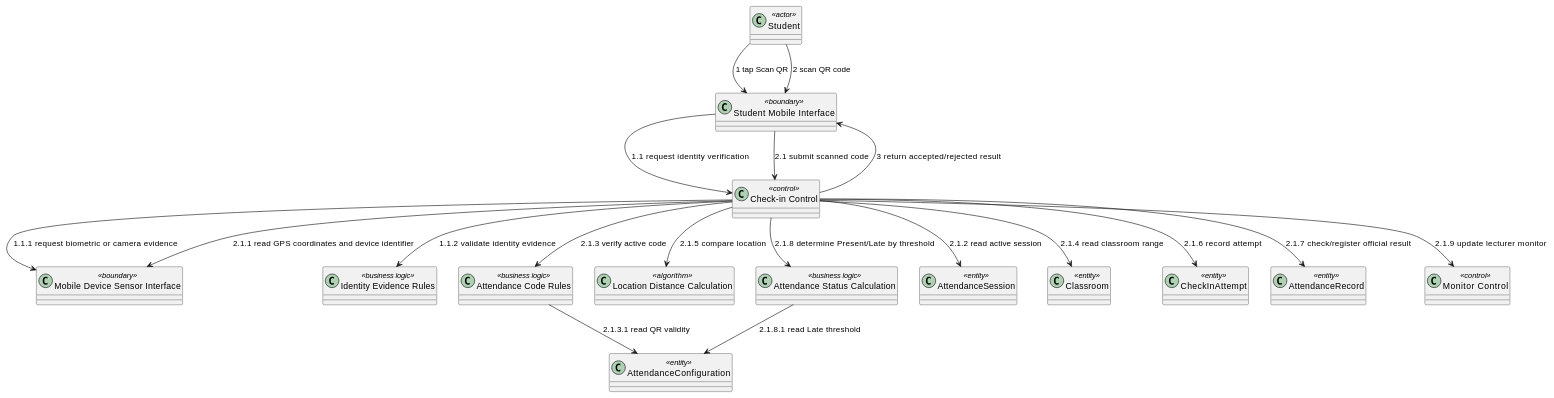
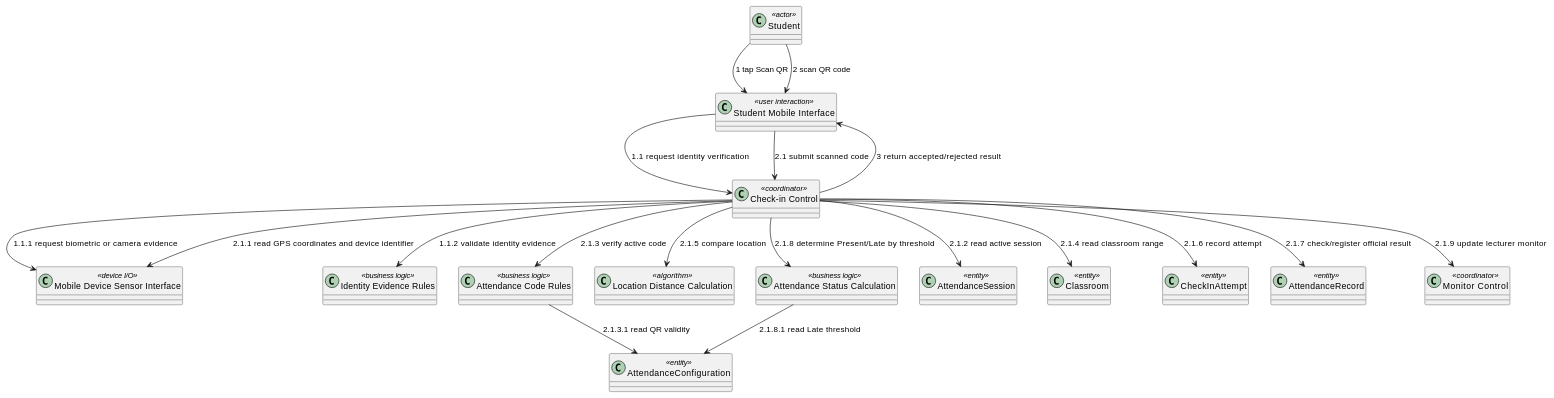
Before and after one commit to nttung42/SWD392: the tenth of 29 diagrams in docs/sds/2_Analysis.md, drawn with PlantUML. The commit also changed other lines of this file and 1 other file, not shown here.

````diff
--- a/docs/sds/2_Analysis.md
+++ b/docs/sds/2_Analysis.md
@@ -477,37 +518,37 @@
 ```plantuml
 @startuml
 class "Student" as Student <<actor>>
-class "Student Mobile Interface" as StudentUI <<boundary>>
-class "Check-in Control" as CheckInControl <<control>>
-class "Mobile Device Sensor Interface" as MobileSensor <<boundary>>
+class "Student Mobile Interface" as StudentUI <<user interaction>>
+class "Check-in Control" as CheckInControl <<coordinator>>
+class "Mobile Device Sensor Interface" as MobileSensor <<device I/O>>
 class "Identity Evidence Rules" as IdentityRules <<business logic>>
 class "Attendance Code Rules" as CodeRules <<business logic>>
 class "Location Distance Calculation" as DistanceCalc <<algorithm>>
 class "Attendance Status Calculation" as StatusRules <<business logic>>
 class "AttendanceSession" as AttendanceSession <<entity>>
 class "AttendanceConfiguration" as AttendanceConfig <<entity>>
 class "Classroom" as Classroom <<entity>>
 class "CheckInAttempt" as CheckInAttempt <<entity>>
 class "AttendanceRecord" as AttendanceRecord <<entity>>
-class "Monitor Control" as MonitorControl <<control>>
+class "Monitor Control" as MonitorControl <<coordinator>>
 
 Student --> StudentUI : 1 tap Scan QR
 StudentUI --> CheckInControl : 1.1 request identity verification
 CheckInControl --> MobileSensor : 1.1.1 request biometric or camera evidence
 CheckInControl --> IdentityRules : 1.1.2 validate identity evidence
 Student --> StudentUI : 2 scan QR code
 StudentUI --> CheckInControl : 2.1 submit scanned code
 CheckInControl --> MobileSensor : 2.1.1 read GPS coordinates and device identifier
 CheckInControl --> AttendanceSession : 2.1.2 read active session
 CheckInControl --> CodeRules : 2.1.3 verify active code
 CodeRules --> AttendanceConfig : 2.1.3.1 read QR validity
 CheckInControl --> Classroom : 2.1.4 read classroom range
 CheckInControl --> DistanceCalc : 2.1.5 compare location
 CheckInControl --> CheckInAttempt : 2.1.6 record attempt
 CheckInControl --> AttendanceRecord : 2.1.7 check/register official result
 CheckInControl --> StatusRules : 2.1.8 determine Present/Late by threshold
 StatusRules --> AttendanceConfig : 2.1.8.1 read Late threshold
 CheckInControl --> MonitorControl : 2.1.9 update lecturer monitor
 CheckInControl --> StudentUI : 3 return accepted/rejected result
 @enduml
 ```
````
